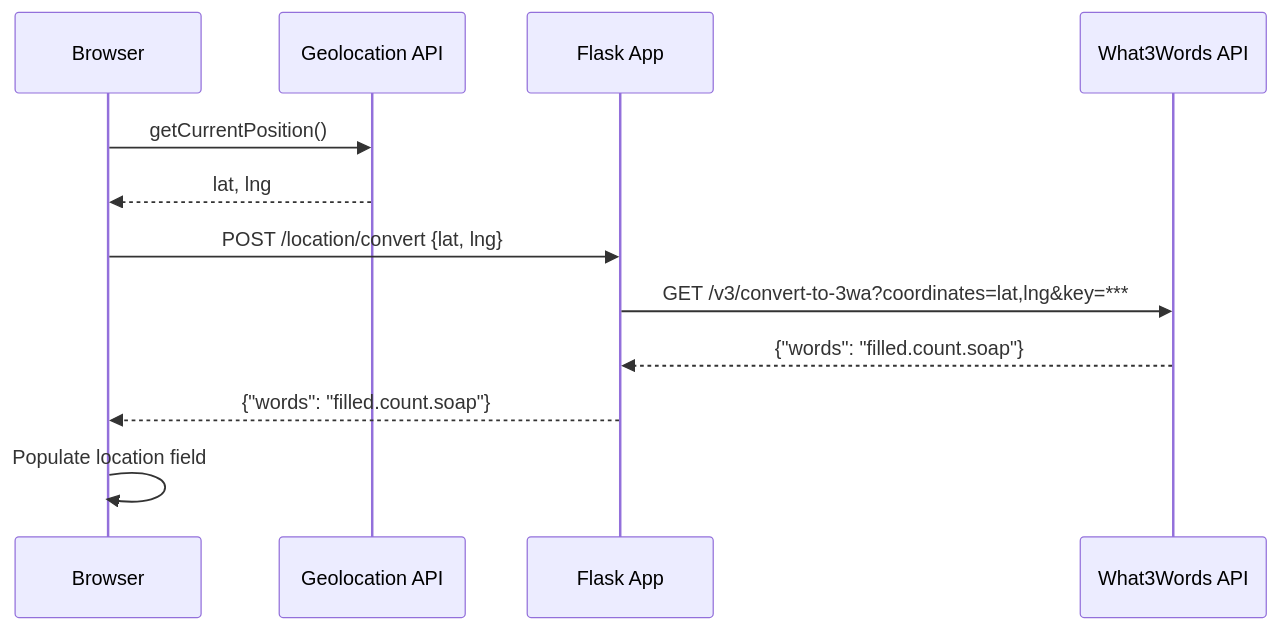
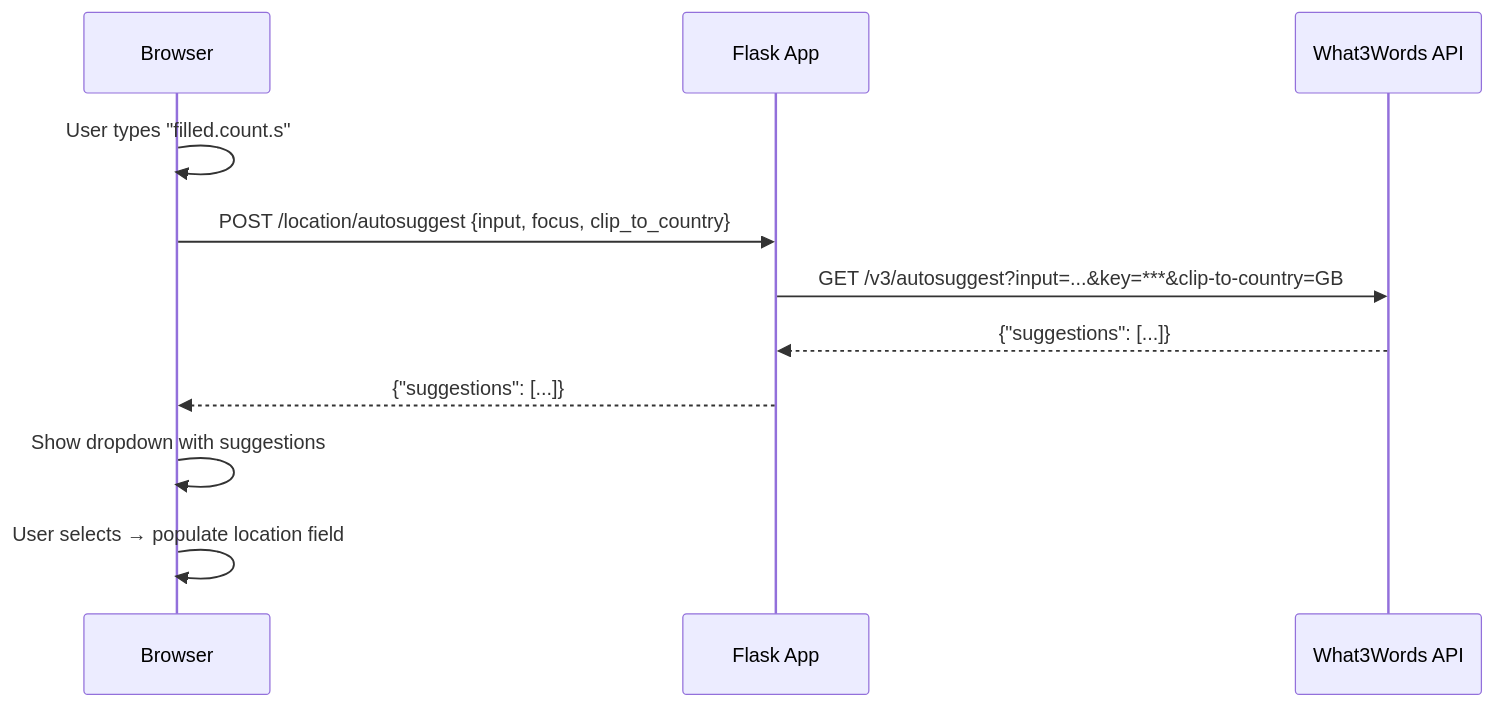
Before and after one commit to enkaypeter/quick-capture: the sixth of 6 diagrams in docs/architecture.md, drawn with Mermaid. The commit also changed other lines of this file and 6 other files, not shown here.

Commit message:
chore: include architectural docs

````diff
--- a/docs/architecture.md
+++ b/docs/architecture.md
@@ -227,15 +317,14 @@
 ```mermaid
 sequenceDiagram
     participant B as Browser
-    participant GPS as Geolocation API
     participant App as Flask App
     participant W3W as What3Words API
 
-    B->>GPS: getCurrentPosition()
-    GPS-->>B: lat, lng
-    B->>App: POST /location/convert {lat, lng}
-    App->>W3W: GET /v3/convert-to-3wa?coordinates=lat,lng&key=***
-    W3W-->>App: {"words": "filled.count.soap"}
-    App-->>B: {"words": "filled.count.soap"}
-    B->>B: Populate location field
+    B->>B: User types "filled.count.s"
+    B->>App: POST /location/autosuggest {input, focus, clip_to_country}
+    App->>W3W: GET /v3/autosuggest?input=...&key=***&clip-to-country=GB
+    W3W-->>App: {"suggestions": [...]}
+    App-->>B: {"suggestions": [...]}
+    B->>B: Show dropdown with suggestions
+    B->>B: User selects → populate location field
 ```
````
